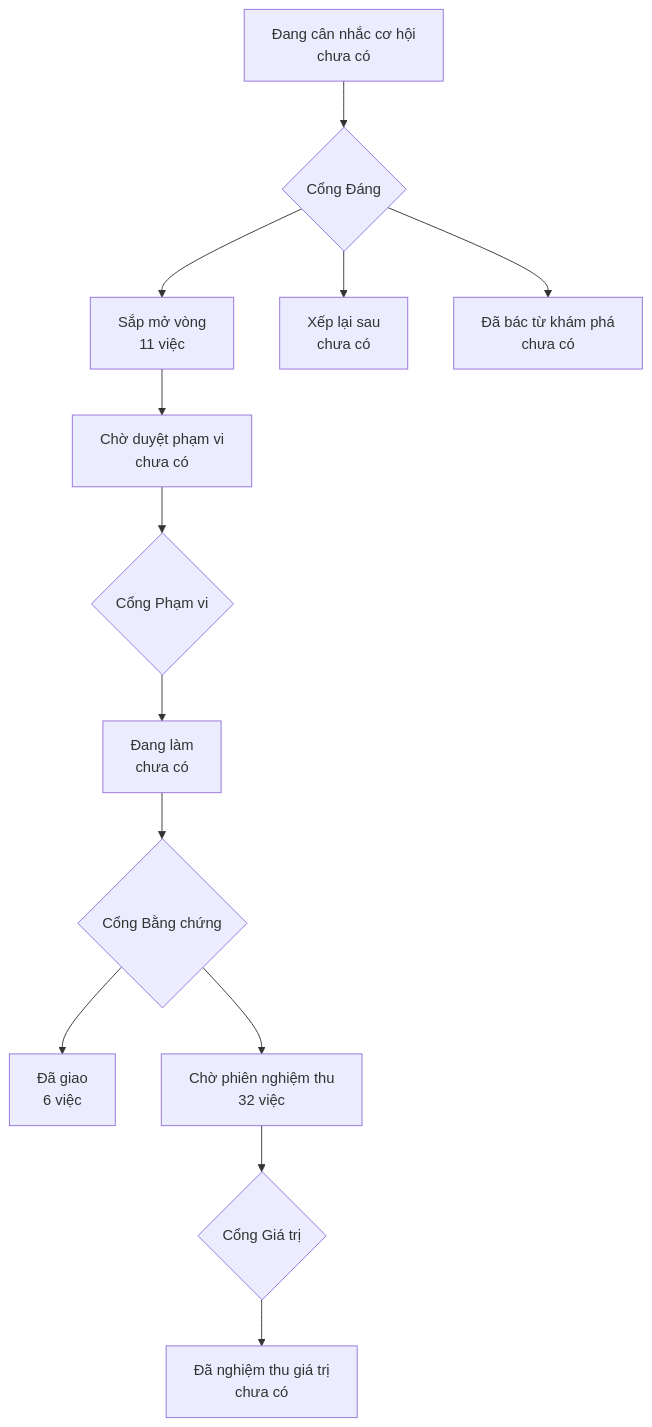
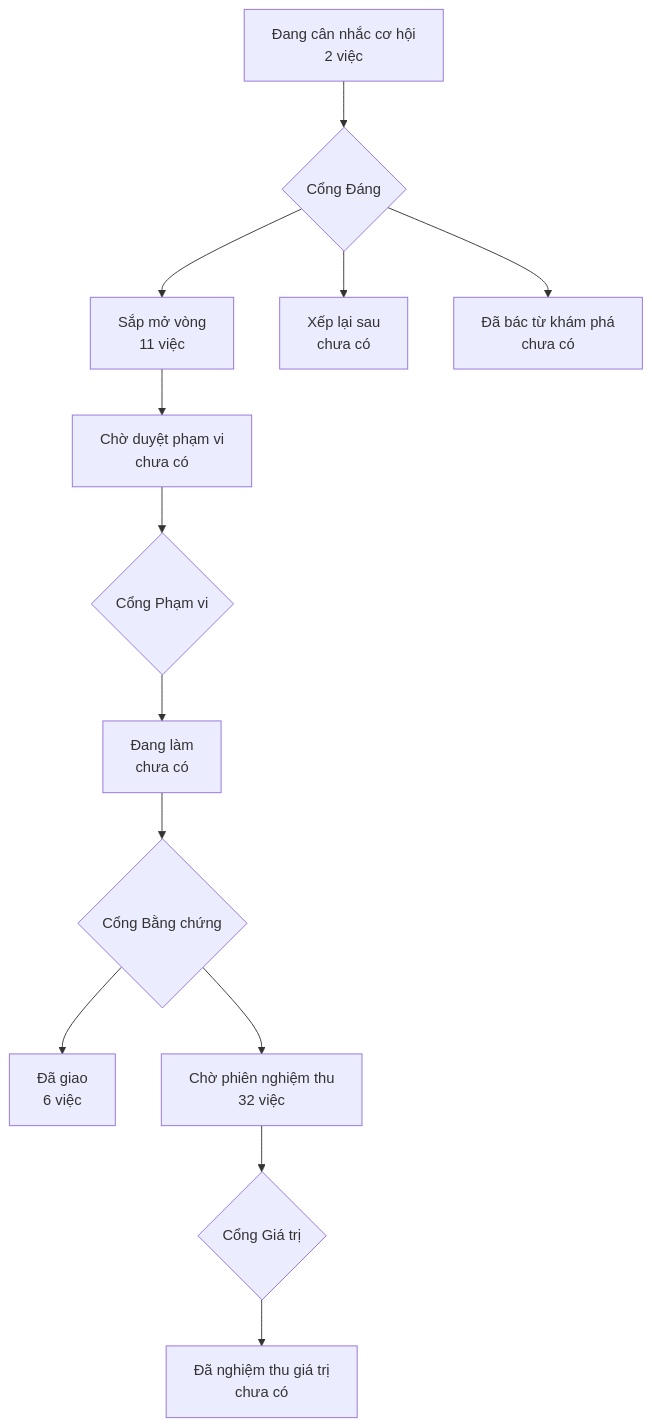
Before and after one commit to phanlemanh/onehub-quy-hang: the diagram in PRODUCT-MAP.md, drawn with Mermaid. The commit also changed other lines of this file and 6 other files, not shown here.

Commit message:
docs(lo-trinh): hàng 88 vá đường lỗi hoàn tác, 89 đổi đầu chủ hàng loạt — mở ô Cổng Đáng

````diff
--- a/PRODUCT-MAP.md
+++ b/PRODUCT-MAP.md
@@ -7,12 +7,12 @@
 ```mermaid
 flowchart TD
-  A["Đang cân nhắc cơ hội<br/>chưa có"] --> GD{"Cổng Đáng"}
+  A["Đang cân nhắc cơ hội<br/>2 việc"] --> GD{"Cổng Đáng"}
   GD --> B["Sắp mở vòng<br/>11 việc"]
   GD --> XL["Xếp lại sau<br/>chưa có"]
   GD --> DB["Đã bác từ khám phá<br/>chưa có"]
   B --> CD["Chờ duyệt phạm vi<br/>chưa có"] --> GP{"Cổng Phạm vi"}
   GP --> DL["Đang làm<br/>chưa có"] --> GB{"Cổng Bằng chứng"}
   GB --> DG["Đã giao<br/>6 việc"]
   GB --> CN["Chờ phiên nghiệm thu<br/>32 việc"] --> GG{"Cổng Giá trị"}
   GG --> NT["Đã nghiệm thu giá trị<br/>chưa có"]
 ```
````
